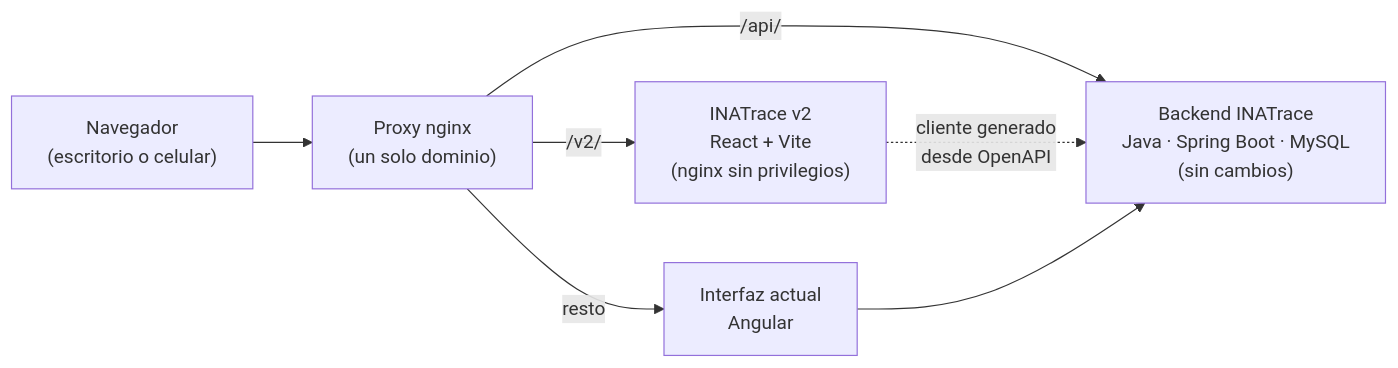
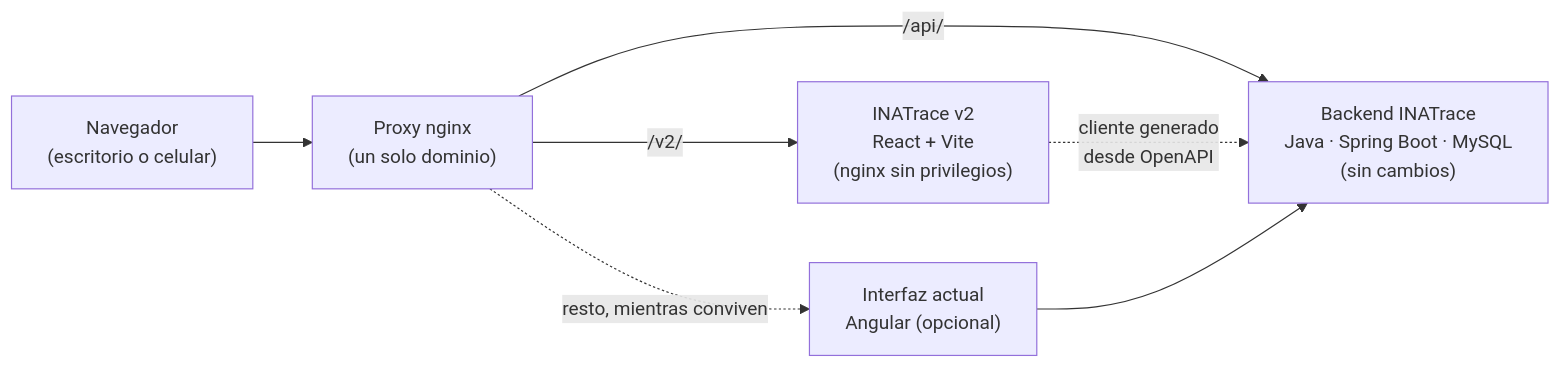
Before and after one commit to reiterstahl/inatrace-v2: the diagram in README.md, drawn with Mermaid. The commit also changed other lines of this file and 36 other files, not shown here.

````diff
--- a/README.md
+++ b/README.md
@@ -230,9 +232,9 @@
 ```mermaid
 flowchart LR
   U["Navegador<br/>(escritorio o celular)"] --> P["Proxy nginx<br/>(un solo dominio)"]
   P -- "/v2/" --> V2["INATrace v2<br/>React + Vite<br/>(nginx sin privilegios)"]
   P -- "/api/" --> B["Backend INATrace<br/>Java · Spring Boot · MySQL<br/>(sin cambios)"]
-  P -- "resto" --> A["Interfaz actual<br/>Angular"]
+  P -. "resto, mientras conviven" .-> A["Interfaz actual<br/>Angular (opcional)"]
   V2 -. "cliente generado<br/>desde OpenAPI" .-> B
   A --> B
 ```
````
